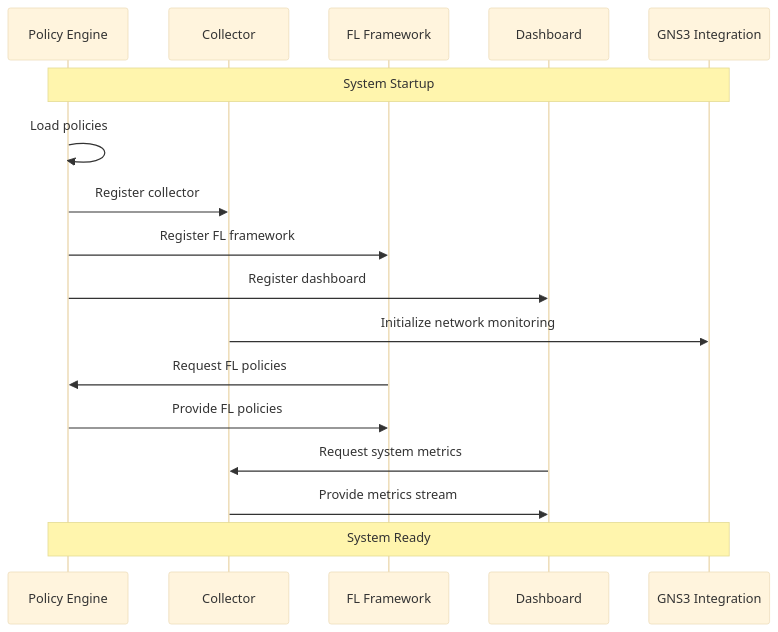
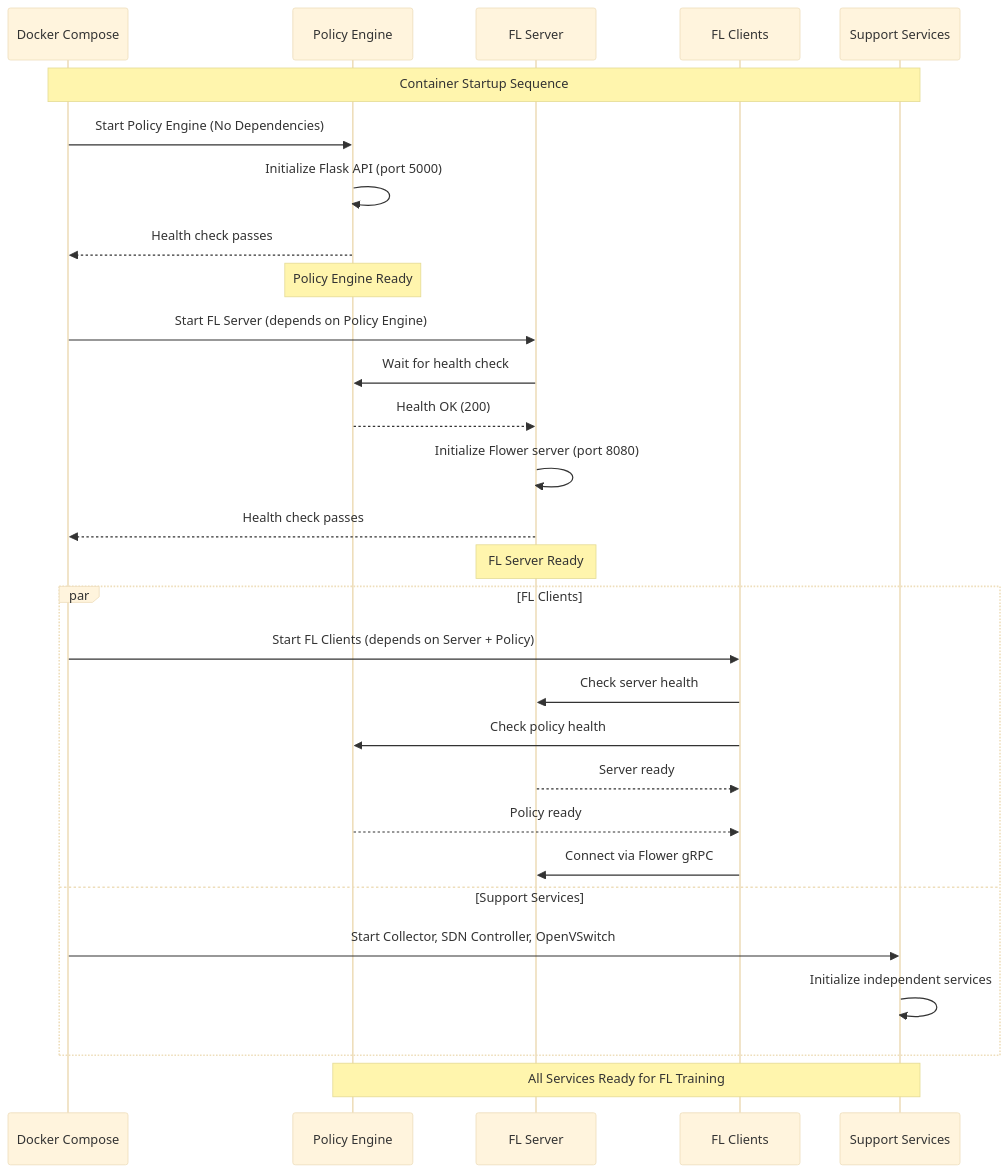
The third of 14 diagrams in docs/docs/architecture/overview.md (abdulmeLINK/flopy-net), drawn with Mermaid (base theme) before and after one commit. The commit also changed other lines of this file and 42 other files, not shown here.

````diff
--- a/docs/docs/architecture/overview.md
+++ b/docs/docs/architecture/overview.md
@@ -192,20 +209,41 @@
 ```mermaid
 sequenceDiagram
+    participant DC as Docker Compose
     participant PE as Policy Engine
-    participant C as Collector
-    participant FL as FL Framework
-    participant D as Dashboard
-    participant GNS3 as GNS3 Integration
+    participant FS as FL Server
+    participant FC as FL Clients
+    participant SUP as Support Services
     
-    Note over PE,GNS3: System Startup
-    PE->>PE: Load policies
-    PE->>C: Register collector
-    PE->>FL: Register FL framework
-    PE->>D: Register dashboard
-    C->>GNS3: Initialize network monitoring
-    FL->>PE: Request FL policies
-    PE->>FL: Provide FL policies
-    D->>C: Request system metrics
-    C->>D: Provide metrics stream
-    Note over PE,GNS3: System Ready
+    Note over DC,SUP: Container Startup Sequence
+    
+    %% Phase 1: Core Services
+    DC->>PE: Start Policy Engine (No Dependencies)
+    PE->>PE: Initialize Flask API (port 5000)
+    PE-->>DC: Health check passes
+    
+    Note over PE: Policy Engine Ready
+    
+    %% Phase 2: FL Server
+    DC->>FS: Start FL Server (depends on Policy Engine)
+    FS->>PE: Wait for health check
+    PE-->>FS: Health OK (200)
+    FS->>FS: Initialize Flower server (port 8080)
+    FS-->>DC: Health check passes
+    
+    Note over FS: FL Server Ready
+    
+    %% Phase 3: FL Clients & Support Services
+    par FL Clients
+        DC->>FC: Start FL Clients (depends on Server + Policy)
+        FC->>FS: Check server health
+        FC->>PE: Check policy health
+        FS-->>FC: Server ready
+        PE-->>FC: Policy ready
+        FC->>FS: Connect via Flower gRPC
+    and Support Services
+        DC->>SUP: Start Collector, SDN Controller, OpenVSwitch
+        SUP->>SUP: Initialize independent services
+    end
+    
+    Note over PE,SUP: All Services Ready for FL Training
 ```
````
